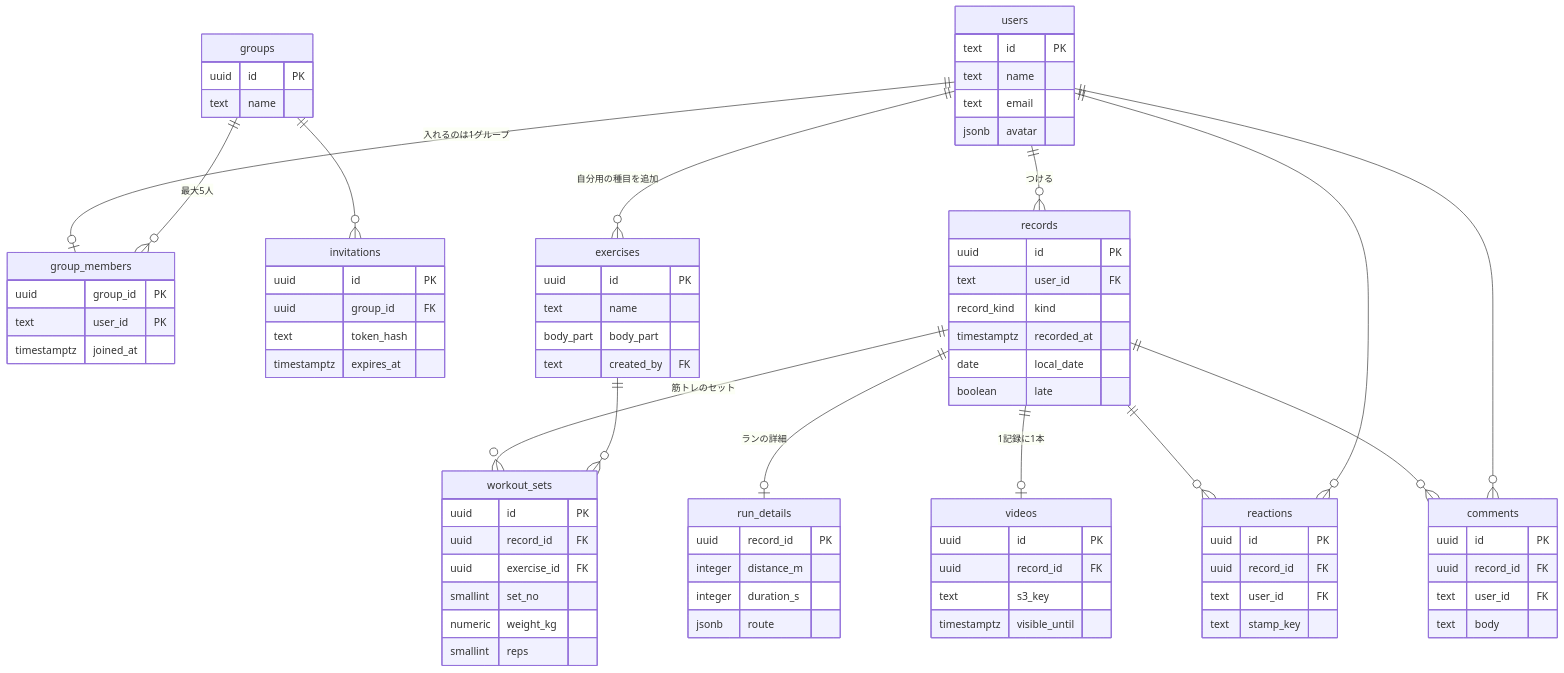
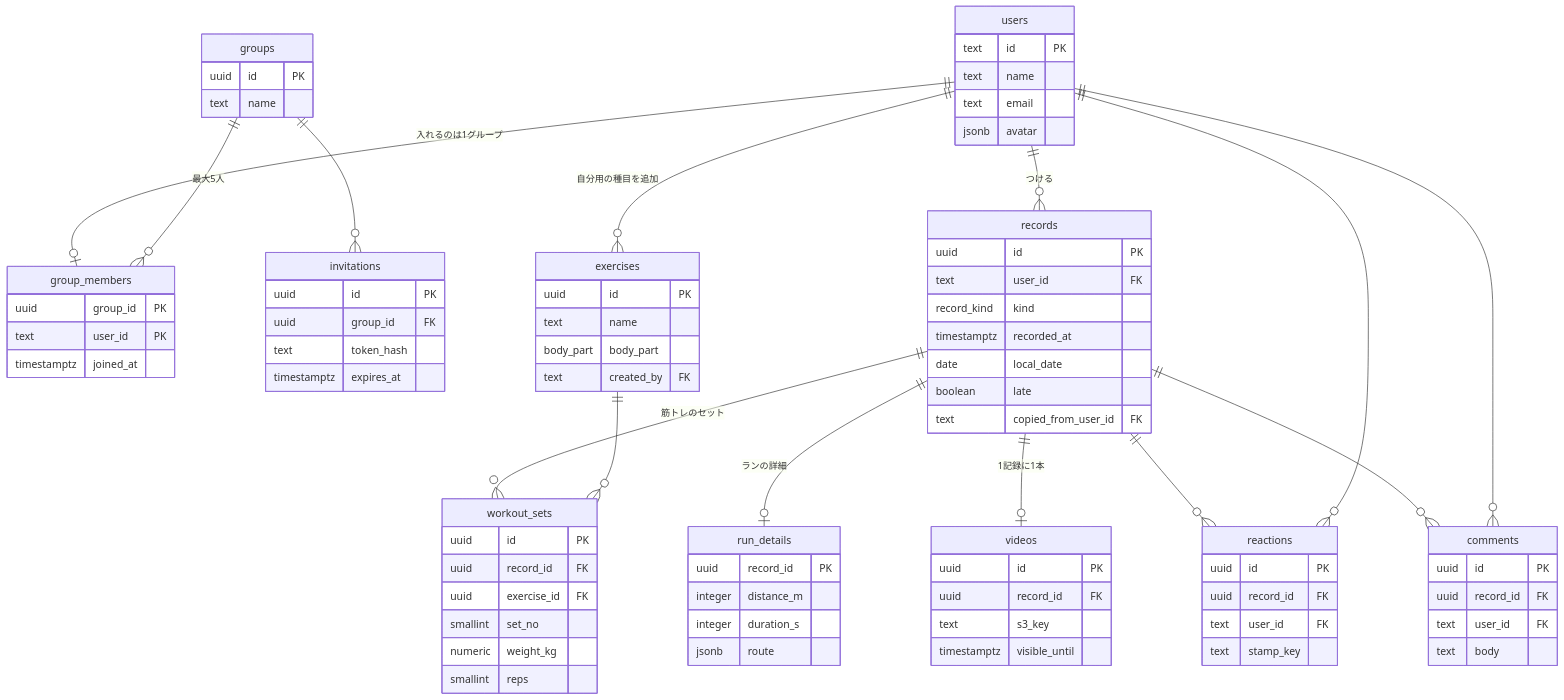
Before and after one commit to yusu31/FitLog: the diagram in docs/database-design.md, drawn with Mermaid. The commit also changed other lines of this file and 32 other files, not shown here.

```diff
--- a/docs/database-design.md
+++ b/docs/database-design.md
@@ -61,6 +61,7 @@
         timestamptz recorded_at
         date local_date
         boolean late
+        text copied_from_user_id FK
     }
     workout_sets {
         uuid id PK
```
